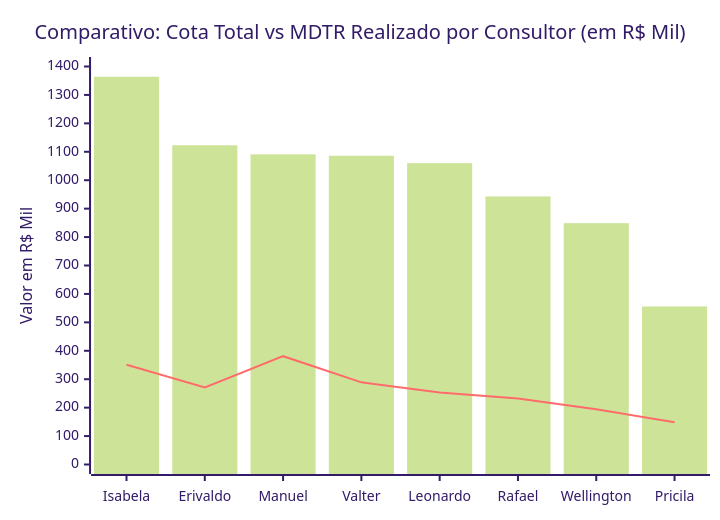
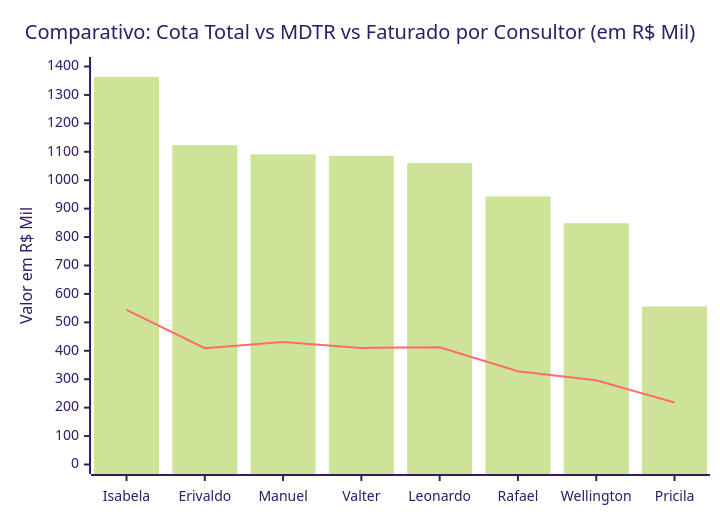
One commit to cabralnetto26-ship-it/Acompanhamento-Outubro changed the first of 2 diagrams in ANALISE_SETORES_COTA_MDTR_OUTUBRO2026.md. Above: the diagram before and after it, drawn with Mermaid (forest theme). The commit also changed other lines of this file and 4 other files, not shown here.

````diff
--- a/ANALISE_SETORES_COTA_MDTR_OUTUBRO2026.md
+++ b/ANALISE_SETORES_COTA_MDTR_OUTUBRO2026.md
@@ -50,8 +50,8 @@
 ```mermaid
 xychart-beta
-    title "Comparativo: Cota Total vs MDTR Realizado por Consultor (em R$ Mil)"
+    title "Comparativo: Cota Total vs MDTR vs Faturado por Consultor (em R$ Mil)"
     x-axis ["Isabela", "Erivaldo", "Manuel", "Valter", "Leonardo", "Rafael", "Wellington", "Pricila"]
     y-axis "Valor em R$ Mil" 0 --> 1400
     bar [1364, 1123, 1091, 1086, 1060, 943, 849, 556]
-    line [351, 271, 381, 289, 253, 232, 194, 149]
+    line [544, 409, 431, 410, 412, 328, 296, 218]
 ```
````
